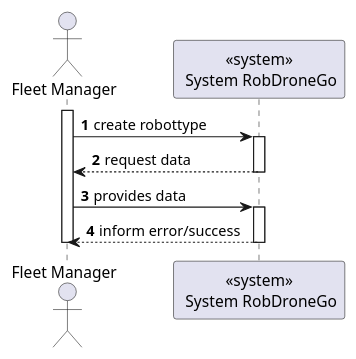
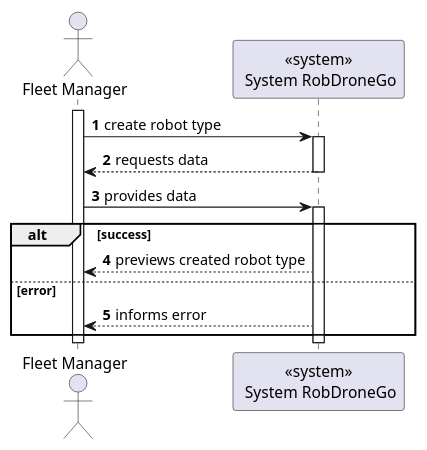
One commit to Departamento-de-Engenharia-Informatica/lapr5-23-24-g19 changed the diagram in docs/us1000/level1/process-view.puml. Above: the diagram before and after it, drawn with PlantUML. The commit also changed 1 other file, not shown here.

```diff
--- a/docs/us1000/level1/process-view.puml
+++ b/docs/us1000/level1/process-view.puml
@@ -1,20 +1,24 @@
 @startuml
 autonumber
 
 actor "Fleet Manager" as usr
 
 participant "<<system>>\n System RobDroneGo" as sys
 
 activate usr
-    usr -> sys : create robottype
+    usr -> sys : create robot type
     activate sys
-        sys --> usr : request data
+        sys --> usr : requests data
     deactivate sys
 
     usr -> sys : provides data
     activate sys
-        sys --> usr : inform error/success
+    alt success
+        sys --> usr : previews created robot type
+    else error
+        sys --> usr : informs error
+    end
     deactivate sys
 deactivate usr
 
 @enduml
```
